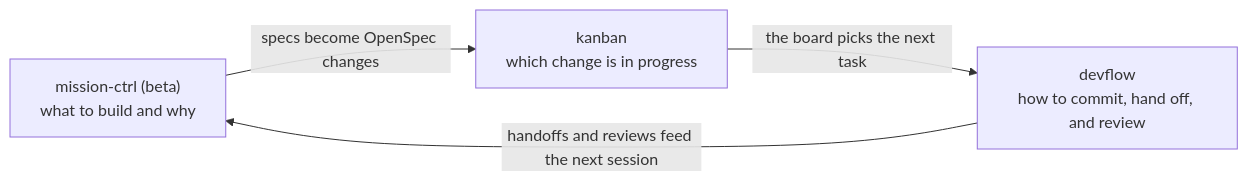
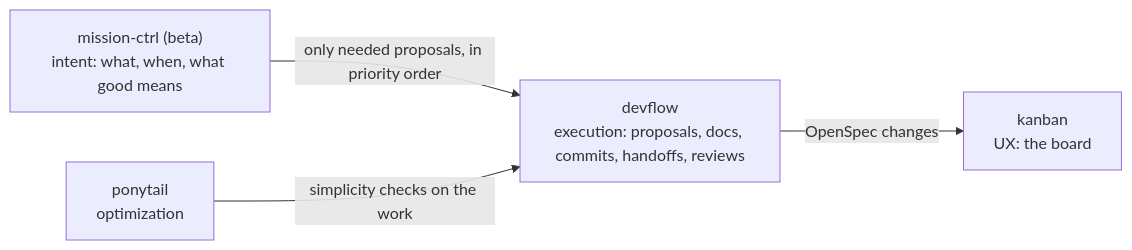
Before and after one commit to sdevikar/sdlc-tools: the diagram in README.md, drawn with Mermaid. The commit also changed other lines of this file and 1 other file, not shown here.

````diff
--- a/README.md
+++ b/README.md
@@ -13,9 +22,10 @@
 ```mermaid
 flowchart LR
-    MC["mission-ctrl (beta)<br/>what to build and why"]
-    KB["kanban<br/>which change is in progress"]
-    DF["devflow<br/>how to commit, hand off, and review"]
-    MC -- "specs become OpenSpec changes" --> KB
-    KB -- "the board picks the next task" --> DF
-    DF -- "handoffs and reviews feed the next session" --> MC
+    MC["mission-ctrl (beta)<br/>intent: what, when, what good means"]
+    DF["devflow<br/>execution: proposals, docs, commits, handoffs, reviews"]
+    PT["ponytail<br/>optimization"]
+    KB["kanban<br/>UX: the board"]
+    MC -- "only needed proposals, in priority order" --> DF
+    PT -- "simplicity checks on the work" --> DF
+    DF -- "OpenSpec changes" --> KB
 ```
````
